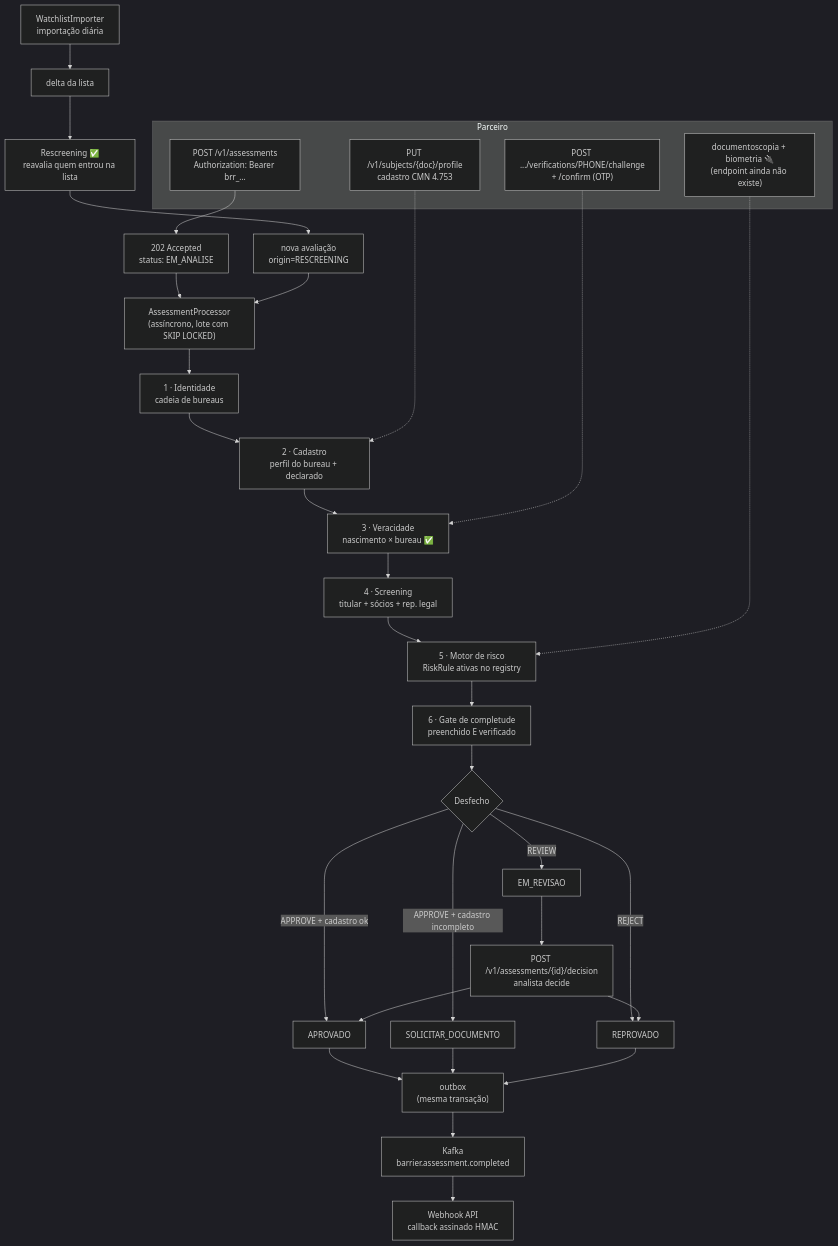
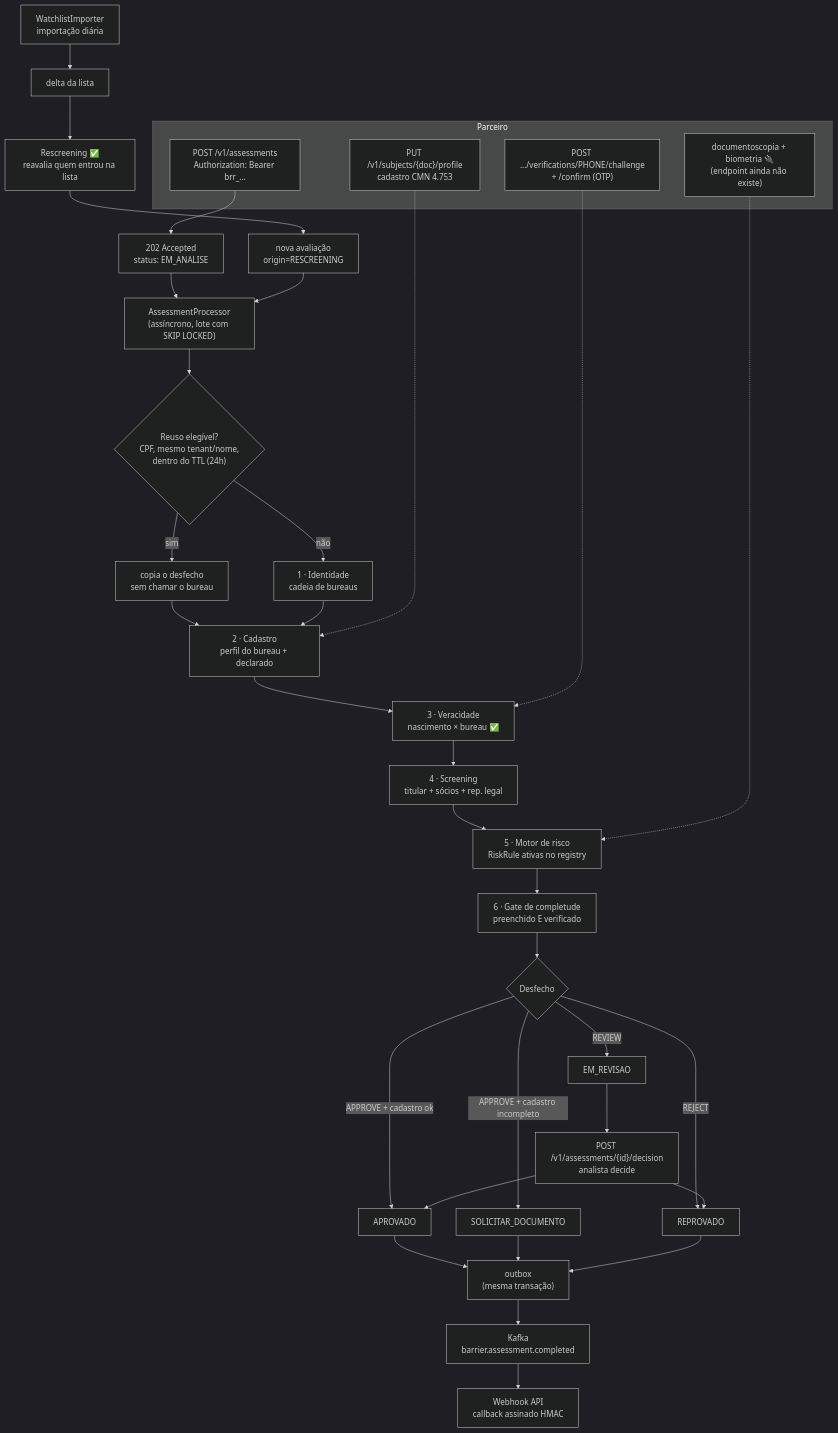
The diagram in docs/architecture/kyc-flow.md (leonardolermen/Barrier), drawn with Mermaid (dark theme) before and after one commit. The commit also changed other lines of this file and 2 other files, not shown here.

Commit message:
docs: reuso de verificacao de identidade

````diff
--- a/docs/architecture/kyc-flow.md
+++ b/docs/architecture/kyc-flow.md
@@ -22,44 +22,47 @@
 ```mermaid
 flowchart TD
     subgraph Parceiro
       A["POST /v1/assessments<br/>Authorization: Bearer brr_..."]
       P1["PUT /v1/subjects/{doc}/profile<br/>cadastro CMN 4.753"]
       P2["POST .../verifications/PHONE/challenge<br/>+ /confirm (OTP)"]
       P3["documentoscopia + biometria 🔌<br/>(endpoint ainda não existe)"]
     end
 
     A --> B["202 Accepted<br/>status: EM_ANALISE"]
     B --> C["AssessmentProcessor<br/>(assíncrono, lote com SKIP LOCKED)"]
 
-    C --> D["1 · Identidade<br/>cadeia de bureaus"]
+    C --> D0{"Reuso elegível?<br/>CPF, mesmo tenant/nome,<br/>dentro do TTL (24h)"}
+    D0 -->|sim| D1["copia o desfecho<br/>sem chamar o bureau"]
+    D0 -->|não| D["1 · Identidade<br/>cadeia de bureaus"]
+    D1 --> E
     D --> E["2 · Cadastro<br/>perfil do bureau + declarado"]
     E --> V["3 · Veracidade<br/>nascimento × bureau ✅"]
     V --> F["4 · Screening<br/>titular + sócios + rep. legal"]
     F --> G["5 · Motor de risco<br/>RiskRule ativas no registry"]
     G --> H["6 · Gate de completude<br/>preenchido E verificado"]
 
     H --> I{Desfecho}
     I -->|APPROVE + cadastro ok| J["APROVADO"]
     I -->|APPROVE + cadastro incompleto| K["SOLICITAR_DOCUMENTO"]
     I -->|REVIEW| L["EM_REVISAO"]
     I -->|REJECT| M["REPROVADO"]
 
     L --> N["POST /v1/assessments/{id}/decision<br/>analista decide"]
     N --> J
     N --> M
 
     J --> O["outbox<br/>(mesma transação)"]
     K --> O
     M --> O
     O --> Q["Kafka<br/>barrier.assessment.completed"]
     Q --> R["Webhook API<br/>callback assinado HMAC"]
 
     S["WatchlistImporter<br/>importação diária"] --> T["delta da lista"]
     T --> U["Rescreening ✅<br/>reavalia quem entrou na lista"]
     U --> A2["nova avaliação<br/>origin=RESCREENING"]
     A2 --> C
 
     P1 -.-> E
     P2 -.-> V
     P3 -.-> G
 ```
````
